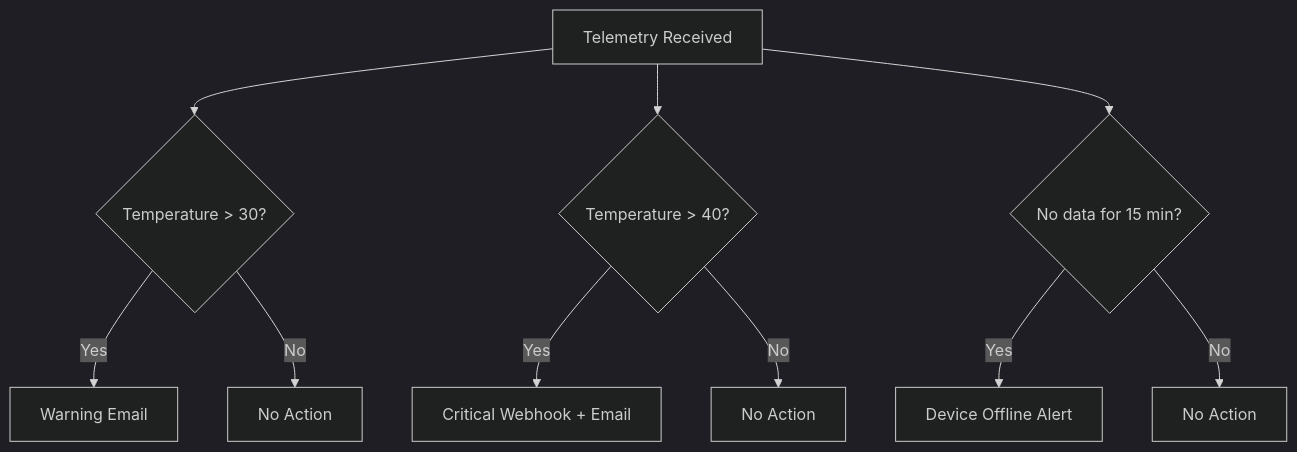
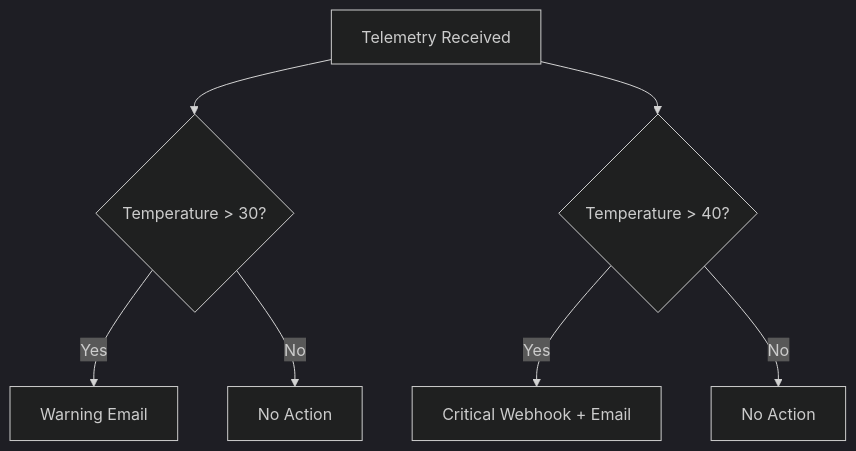
Before and after one commit to OneUptime/blog: the diagram in posts/2026-02-16-how-to-configure-rules-and-email-alerts-in-azure-iot-central-based-on-device-telemetry/README.md, drawn with Mermaid (dark theme). The commit also changed other lines of this file and 2 other files, not shown here.

Commit message:
validate: 2026-02-16-how-to-configure-rules-and-email-alerts-in-azure-iot-central-based-on-device-telemetry

````diff
--- a/posts/2026-02-16-how-to-configure-rules-and-email-alerts-in-azure-iot-central-based-on-device-telemetry/README.md
+++ b/posts/2026-02-16-how-to-configure-rules-and-email-alerts-in-azure-iot-central-based-on-device-telemetry/README.md
@@ -188,12 +201,9 @@
 ```mermaid
 graph TD
     A[Telemetry Received] --> B{Temperature > 30?}
     B -->|Yes| C[Warning Email]
     B -->|No| D[No Action]
     A --> E{Temperature > 40?}
     E -->|Yes| F[Critical Webhook + Email]
     E -->|No| G[No Action]
-    A --> H{No data for 15 min?}
-    H -->|Yes| I[Device Offline Alert]
-    H -->|No| J[No Action]
 ```
````
